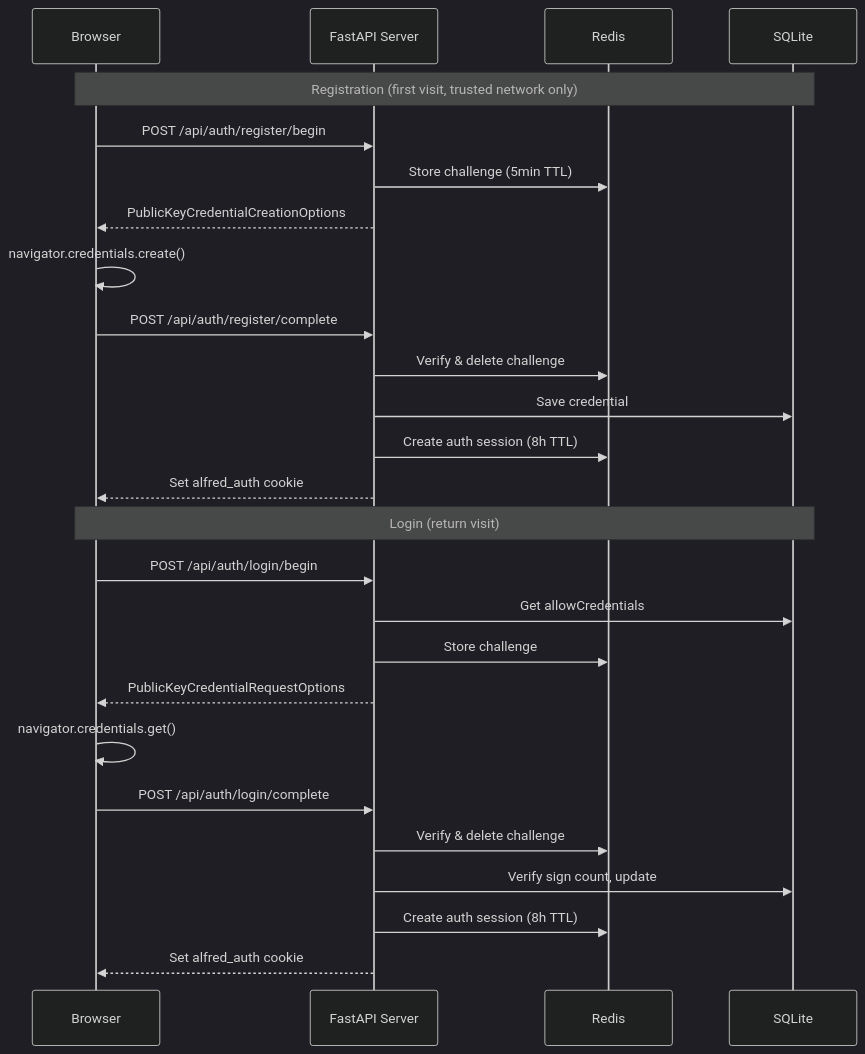
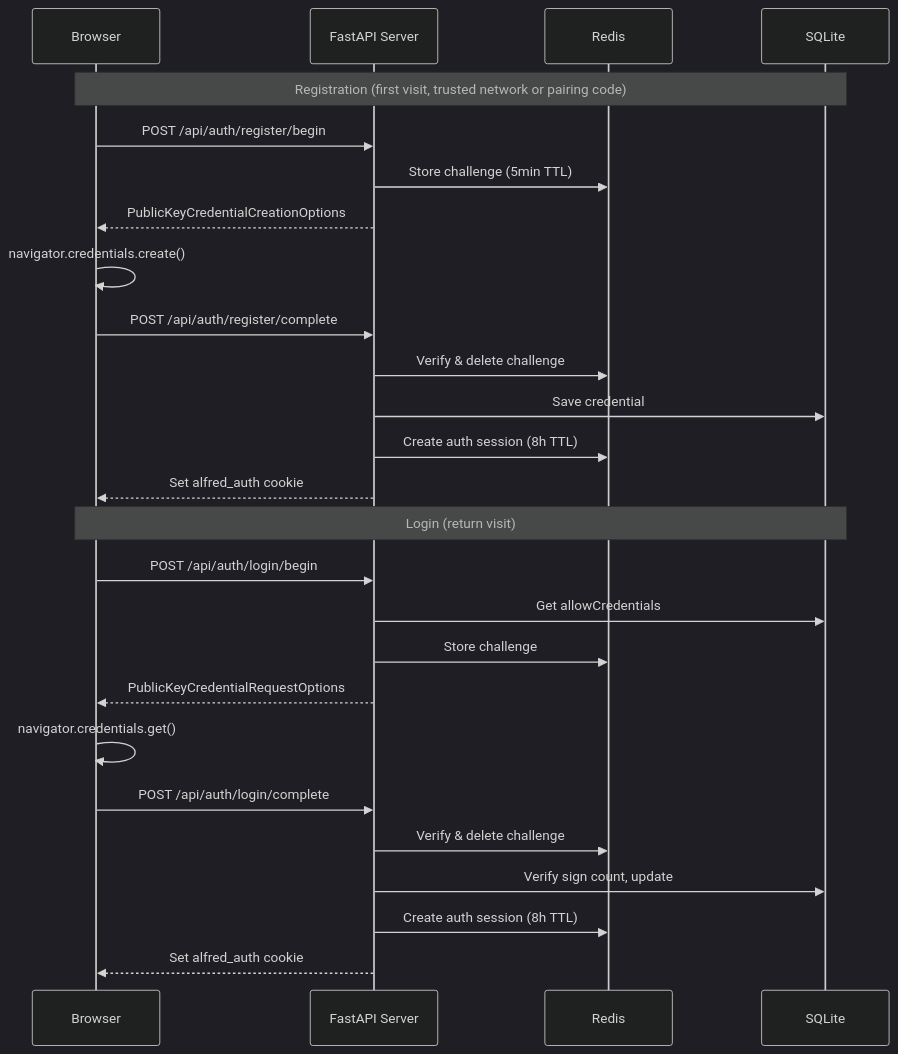
The diagram in docs/webauthn.md (anirudhlath/alfred), drawn with Mermaid (dark theme) before and after one commit. The commit also changed other lines of this file and 59 other files, not shown here.

````diff
--- a/docs/webauthn.md
+++ b/docs/webauthn.md
@@ -7,30 +7,30 @@
 ```mermaid
 sequenceDiagram
     participant B as Browser
     participant S as FastAPI Server
     participant R as Redis
     participant DB as SQLite
 
-    Note over B,DB: Registration (first visit, trusted network only)
+    Note over B,DB: Registration (first visit, trusted network or pairing code)
     B->>S: POST /api/auth/register/begin
     S->>R: Store challenge (5min TTL)
     S-->>B: PublicKeyCredentialCreationOptions
     B->>B: navigator.credentials.create()
     B->>S: POST /api/auth/register/complete
     S->>R: Verify & delete challenge
     S->>DB: Save credential
     S->>R: Create auth session (8h TTL)
     S-->>B: Set alfred_auth cookie
 
     Note over B,DB: Login (return visit)
     B->>S: POST /api/auth/login/begin
     S->>DB: Get allowCredentials
     S->>R: Store challenge
     S-->>B: PublicKeyCredentialRequestOptions
     B->>B: navigator.credentials.get()
     B->>S: POST /api/auth/login/complete
     S->>R: Verify & delete challenge
     S->>DB: Verify sign count, update
     S->>R: Create auth session (8h TTL)
     S-->>B: Set alfred_auth cookie
 ```
````
